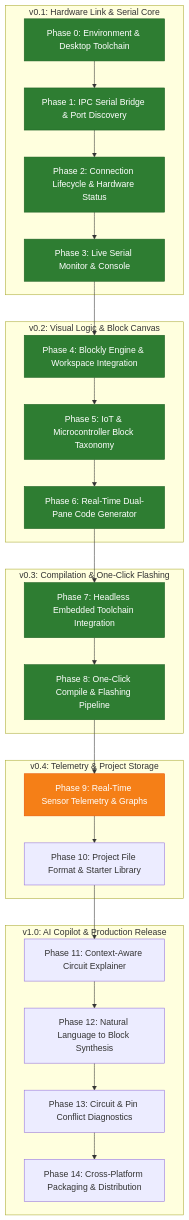
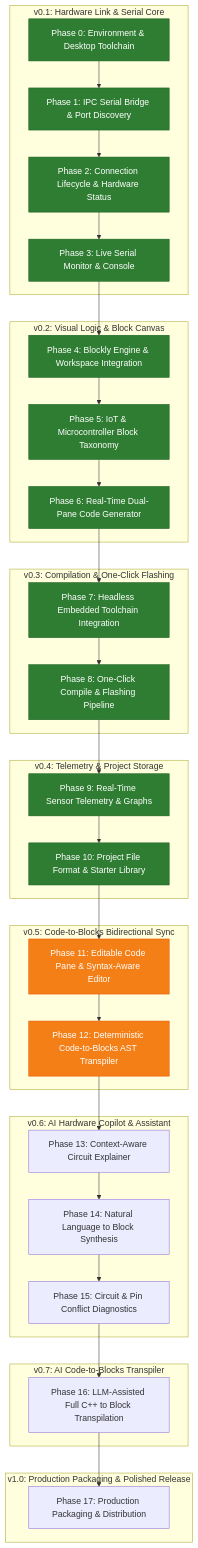
The diagram in ROADMAP.md (dharshbdp/CircuitForge), drawn with Mermaid before and after one commit. The commit also changed other lines of this file and 3 other files, not shown here.

Commit message:
docs(roadmap): update roadmap with v0.5 Code-to-Blocks, v0.6 AI Copilot, v0.7 AI Transpiler, and v1.0 Release

````diff
--- a/ROADMAP.md
+++ b/ROADMAP.md
@@ -38,42 +38,57 @@
 ```mermaid
 graph TD
     subgraph Milestone_0_1 [v0.1: Hardware Link & Serial Core]
         P0[Phase 0: Environment & Desktop Toolchain] --> P1[Phase 1: IPC Serial Bridge & Port Discovery]
         P1 --> P2[Phase 2: Connection Lifecycle & Hardware Status]
         P2 --> P3[Phase 3: Live Serial Monitor & Console]
     end
 
     subgraph Milestone_0_2 [v0.2: Visual Logic & Block Canvas]
         P3 --> P4[Phase 4: Blockly Engine & Workspace Integration]
         P4 --> P5[Phase 5: IoT & Microcontroller Block Taxonomy]
         P5 --> P6[Phase 6: Real-Time Dual-Pane Code Generator]
     end
 
     subgraph Milestone_0_3 [v0.3: Compilation & One-Click Flashing]
         P6 --> P7[Phase 7: Headless Embedded Toolchain Integration]
         P7 --> P8[Phase 8: One-Click Compile & Flashing Pipeline]
     end
 
     subgraph Milestone_0_4 [v0.4: Telemetry & Project Storage]
         P8 --> P9[Phase 9: Real-Time Sensor Telemetry & Graphs]
         P9 --> P10[Phase 10: Project File Format & Starter Library]
     end
 
-    subgraph Milestone_1_0 [v1.0: AI Copilot & Production Release]
-        P10 --> P11[Phase 11: Context-Aware Circuit Explainer]
-        P11 --> P12[Phase 12: Natural Language to Block Synthesis]
-        P12 --> P13[Phase 13: Circuit & Pin Conflict Diagnostics]
-        P13 --> P14[Phase 14: Cross-Platform Packaging & Distribution]
+    subgraph Milestone_0_5 [v0.5: Code-to-Blocks Bidirectional Sync]
+        P10 --> P11[Phase 11: Editable Code Pane & Syntax-Aware Editor]
+        P11 --> P12[Phase 12: Deterministic Code-to-Blocks AST Transpiler]
+    end
+
+    subgraph Milestone_0_6 [v0.6: AI Hardware Copilot & Assistant]
+        P12 --> P13[Phase 13: Context-Aware Circuit Explainer]
+        P13 --> P14[Phase 14: Natural Language to Block Synthesis]
+        P14 --> P15[Phase 15: Circuit & Pin Conflict Diagnostics]
+    end
+
+    subgraph Milestone_0_7 [v0.7: AI Code-to-Blocks Transpiler]
+        P15 --> P16[Phase 16: LLM-Assisted Full C++ to Block Transpilation]
+    end
+
+    subgraph Milestone_1_0 [v1.0: Production Packaging & Polished Release]
+        P16 --> P17[Phase 17: Production Packaging & Distribution]
     end
 
     style P0 fill:#2e7d32,stroke:#1b5e20,color:#fff
     style P1 fill:#2e7d32,stroke:#1b5e20,color:#fff
     style P2 fill:#2e7d32,stroke:#1b5e20,color:#fff
     style P3 fill:#2e7d32,stroke:#1b5e20,color:#fff
     style P4 fill:#2e7d32,stroke:#1b5e20,color:#fff
     style P5 fill:#2e7d32,stroke:#1b5e20,color:#fff
     style P6 fill:#2e7d32,stroke:#1b5e20,color:#fff
     style P7 fill:#2e7d32,stroke:#1b5e20,color:#fff
     style P8 fill:#2e7d32,stroke:#1b5e20,color:#fff
-    style P9 fill:#f57f17,stroke:#e65100,color:#fff
+    style P9 fill:#2e7d32,stroke:#1b5e20,color:#fff
+    style P10 fill:#2e7d32,stroke:#1b5e20,color:#fff
+    style P11 fill:#f57f17,stroke:#e65100,color:#fff
+    style P12 fill:#f57f17,stroke:#e65100,color:#fff
 ```
````
